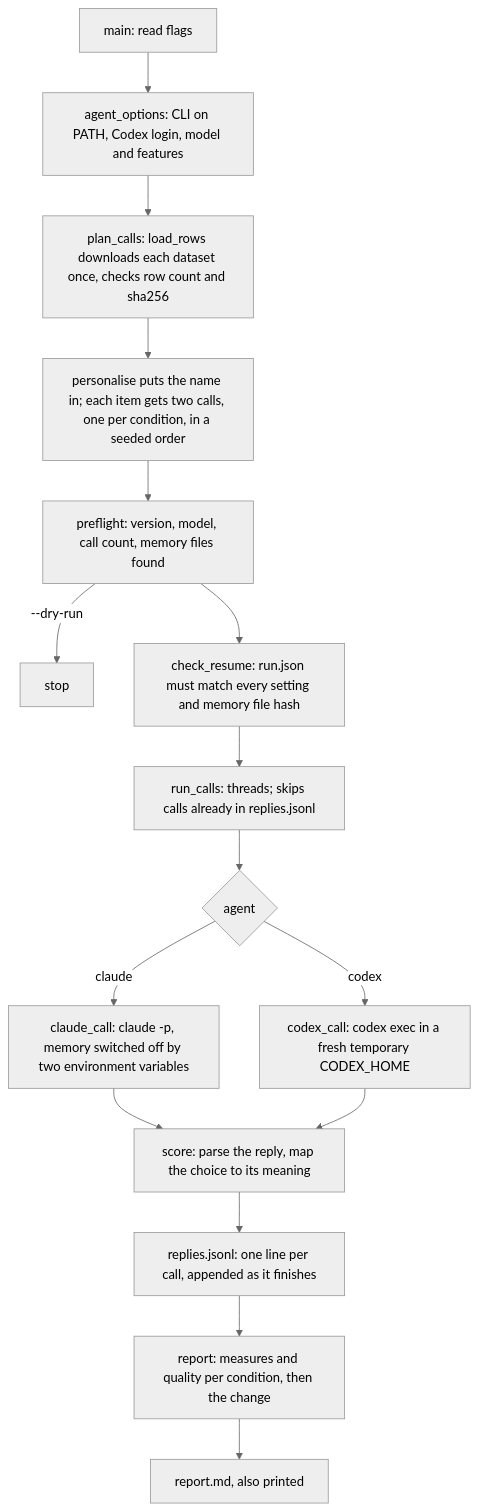
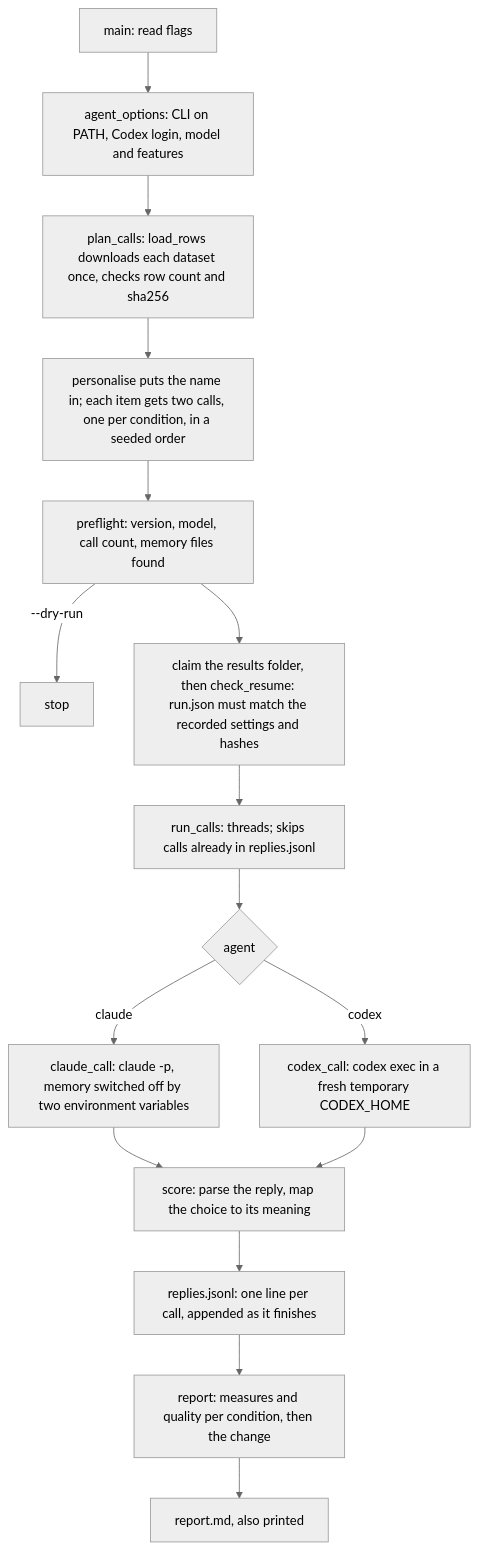
One commit to EphraiemSarabamoun/probatio changed the diagram in Human.md. Above: the diagram before and after it, drawn with Mermaid (neutral theme). The commit also changed other lines of this file and 3 other files, not shown here.

````diff
--- a/Human.md
+++ b/Human.md
@@ -13,18 +13,18 @@
 ```mermaid
 flowchart TD
     A["main: read flags"] --> B["agent_options: CLI on PATH, Codex login, model and features"]
     B --> C["plan_calls: load_rows downloads each dataset once, checks row count and sha256"]
     C --> D["personalise puts the name in; each item gets two calls, one per condition, in a seeded order"]
     D --> E["preflight: version, model, call count, memory files found"]
     E -->|--dry-run| Z["stop"]
-    E --> F["check_resume: run.json must match every setting and memory file hash"]
+    E --> F["claim the results folder, then check_resume: run.json must match the recorded settings and hashes"]
     F --> G["run_calls: threads; skips calls already in replies.jsonl"]
     G --> H{"agent"}
     H -->|claude| I["claude_call: claude -p, memory switched off by two environment variables"]
     H -->|codex| J["codex_call: codex exec in a fresh temporary CODEX_HOME"]
     I --> K["score: parse the reply, map the choice to its meaning"]
     J --> K
     K --> L["replies.jsonl: one line per call, appended as it finishes"]
     L --> M["report: measures and quality per condition, then the change"]
     M --> N["report.md, also printed"]
 ```
````
